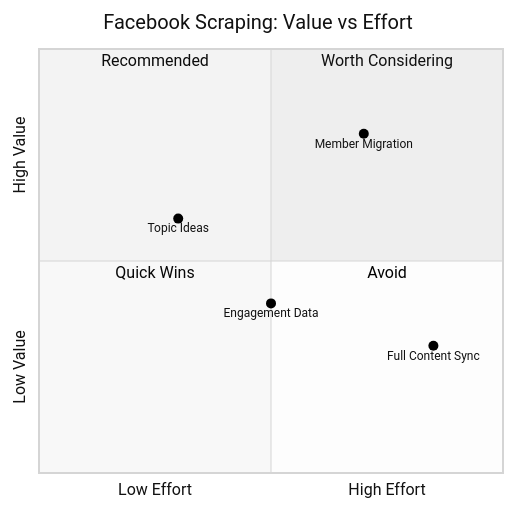
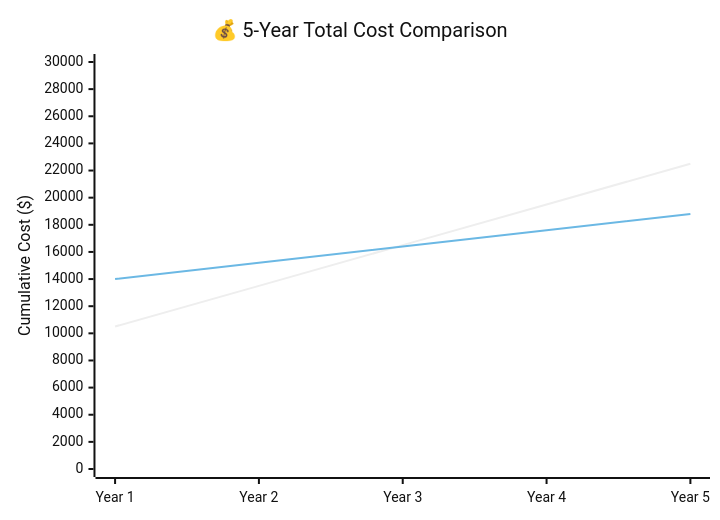
Before and after one commit to hammadxcm/facebook-group-integration-guide: the seventh of 14 diagrams in README.md, drawn with Mermaid (neutral theme). The commit also changed other lines of this file and 4 other files, not shown here.

````diff
--- a/README.md
+++ b/README.md
@@ -1537,14 +276,8 @@
 ```mermaid
-quadrantChart
-    title Facebook Scraping: Value vs Effort
-    x-axis Low Effort --> High Effort
-    y-axis Low Value --> High Value
-    quadrant-1 Worth Considering
-    quadrant-2 Recommended
-    quadrant-3 Quick Wins
-    quadrant-4 Avoid
-    "Topic Ideas": [0.3, 0.6]
-    "Full Content Sync": [0.85, 0.3]
-    "Engagement Data": [0.5, 0.4]
-    "Member Migration": [0.7, 0.8]
+xychart-beta
+    title "💰 5-Year Total Cost Comparison"
+    x-axis ["Year 1", "Year 2", "Year 3", "Year 4", "Year 5"]
+    y-axis "Cumulative Cost ($)" 0 --> 30000
+    line [10500, 13500, 16500, 19500, 22500]
+    line [14000, 15200, 16400, 17600, 18800]
 ```
````
